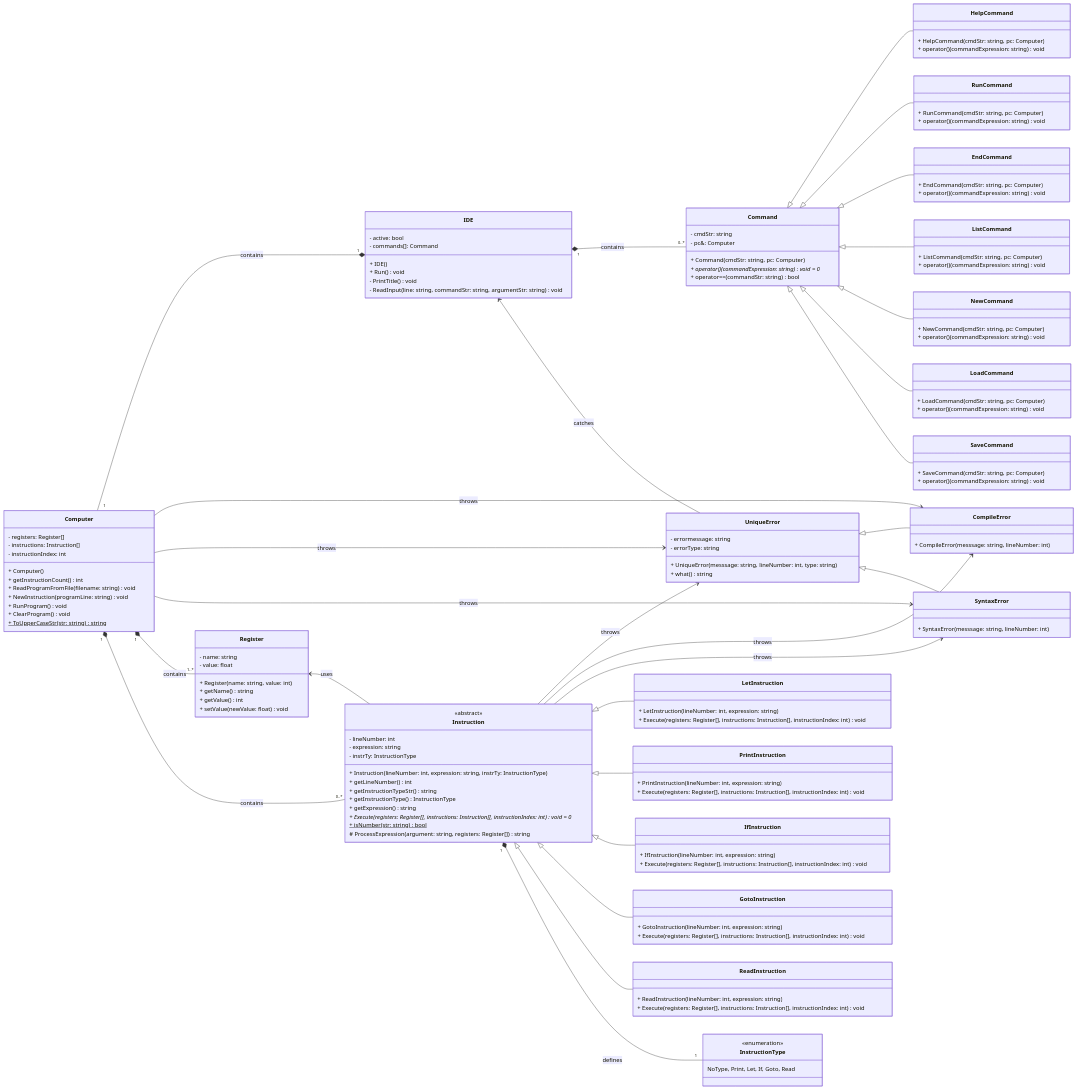
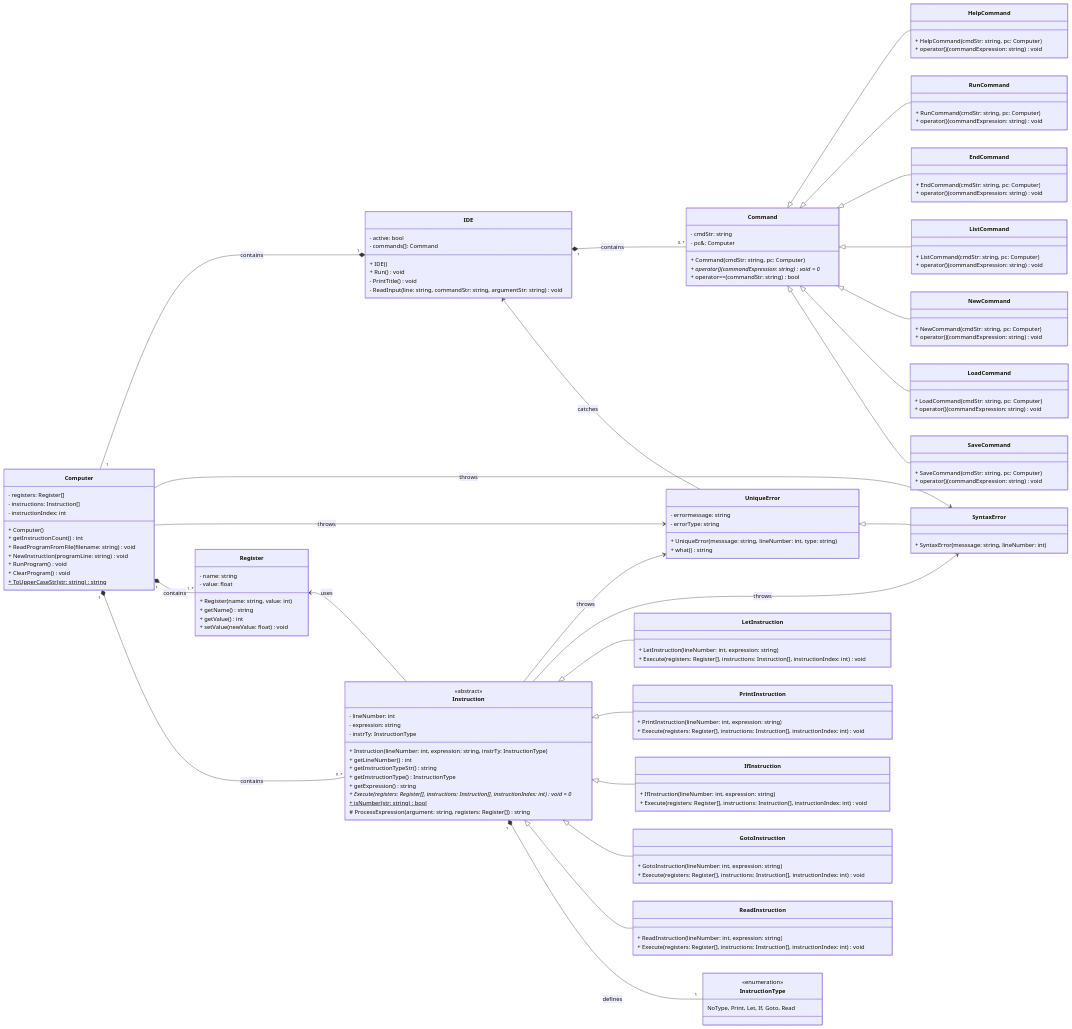
One commit to Spyro1/Basic-Lite-Interpreter changed the diagram in Documentation/DevDoc.md. Above: the diagram before and after it, drawn with Mermaid. The commit also changed other lines of this file and 7 other files, not shown here.

```diff
--- a/Documentation/DevDoc.md
+++ b/Documentation/DevDoc.md
@@ -206,9 +224,6 @@
     class SyntaxError{
         + SyntaxError(messsage: string, lineNumber: int)
     }    
-    class CompileError{
-        + CompileError(messsage: string, lineNumber: int)
-    }
 
 %%    UniqueError <-- IDE : catches
     
@@ -218,17 +233,13 @@
     IDE <-- UniqueError : catches
 %%    UniqueError --> IDE : catches 
     
-    UniqueError <|-- CompileError
     UniqueError <|-- SyntaxError
     
     Instruction --> UniqueError : throws
-    Instruction --> CompileError : throws
     Instruction --> SyntaxError : throws
-    Computer --> CompileError : throws
+    Computer --> SyntaxError : throws
     Computer --> UniqueError : throws
-    Computer --> SyntaxError : throws
     
-%%    CompileError --|> UniqueError
 %%    SyntaxError --|> UniqueError
    
     Computer "1" *-- "1..*" Register : contains
@@ -244,10 +255,8 @@
     %% ----
 %%    SyntaxError <-- Instruction : throws
 %%    UniqueError <-- Instruction : throws
-%%    CompileError <-- Instruction : throws
 %%    UniqueError <-- Computer : throws
 %%    SyntaxError <-- Computer : throws
-%%    CompileError <-- Computer : throws
     %% ----
     Command <|-- HelpCommand
     Command <|-- RunCommand
```
